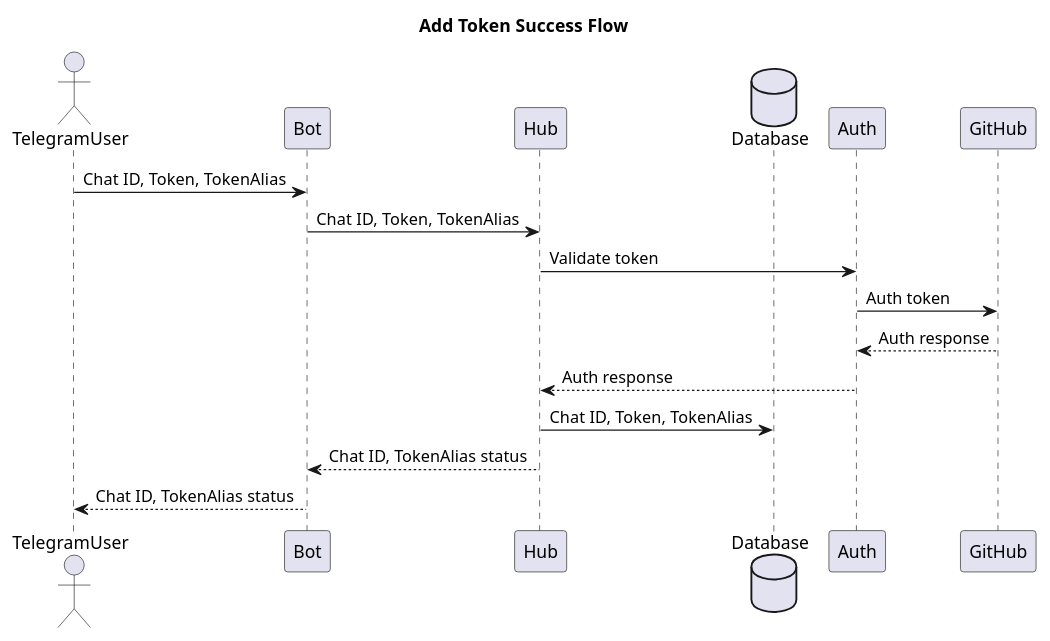
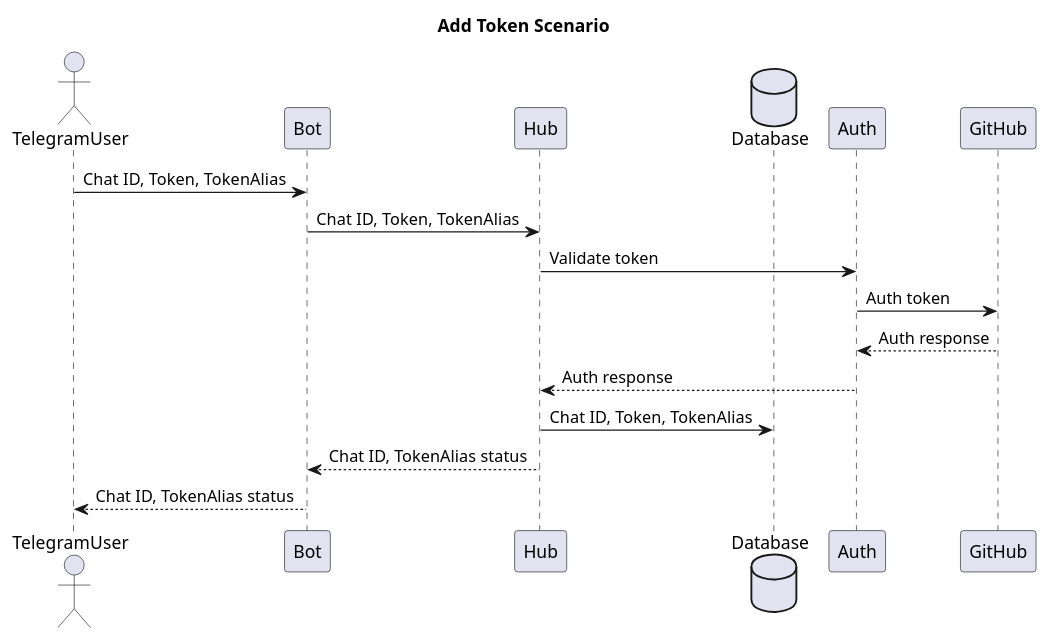
One commit to Blamer-io/docs changed the diagram in diagrams/add-token.puml. Above: the diagram before and after it, drawn with PlantUML. The commit also changed 3 other files, not shown here.

```diff
--- a/diagrams/add-token.puml
+++ b/diagrams/add-token.puml
@@ -1,19 +1,19 @@
 @startuml
-title Add Token Success Flow
+title Add Token Scenario
 actor       TelegramUser as user
 participant Bot as bot
 participant Hub as hub
 database    Database    as db
 participant Auth as auth
 participant GitHub as github
 
 user -> bot : Chat ID, Token, TokenAlias
 bot -> hub : Chat ID, Token, TokenAlias
 hub -> auth: Validate token
 auth -> github: Auth token
 github --> auth: Auth response
 auth --> hub: Auth response
 hub -> db: Chat ID, Token, TokenAlias
 hub --> bot: Chat ID, TokenAlias status
 bot --> user: Chat ID, TokenAlias status
 @enduml
```
